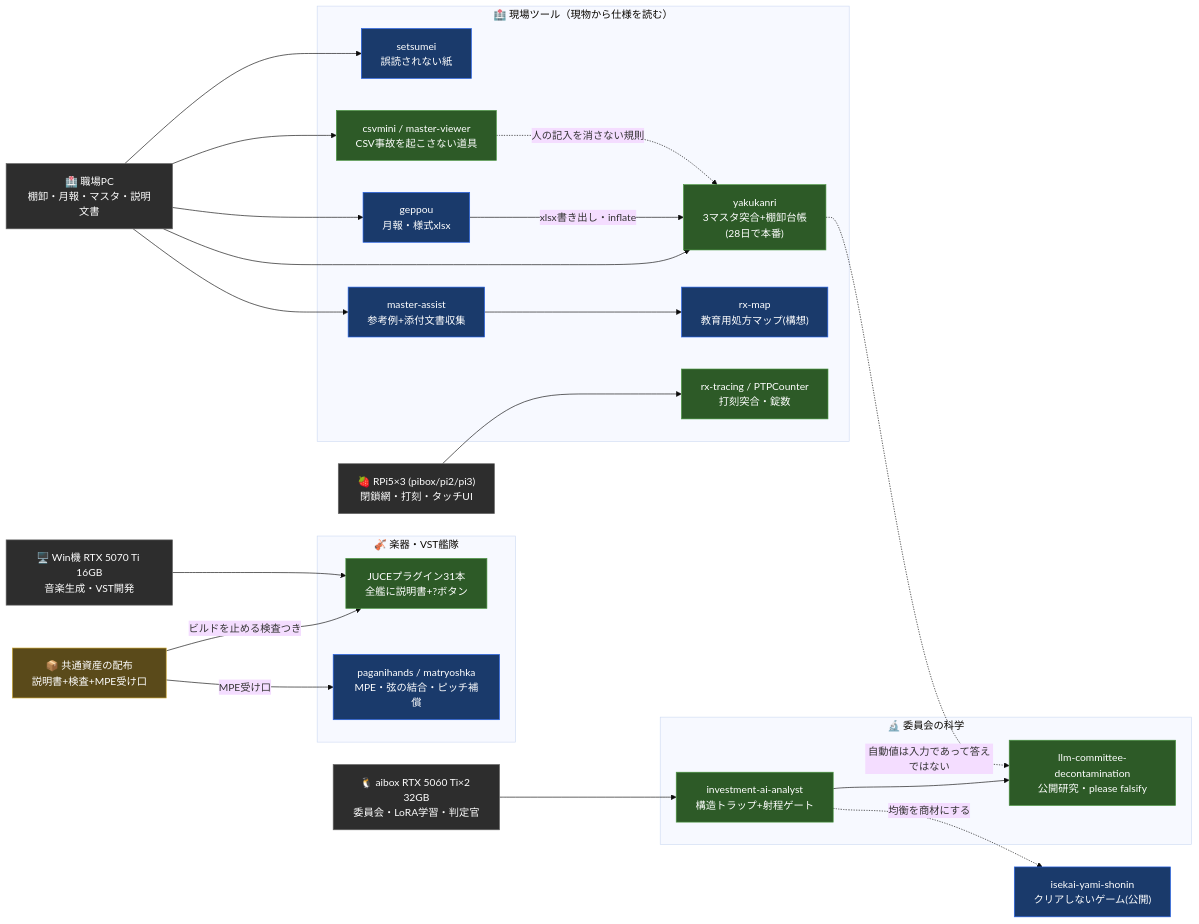
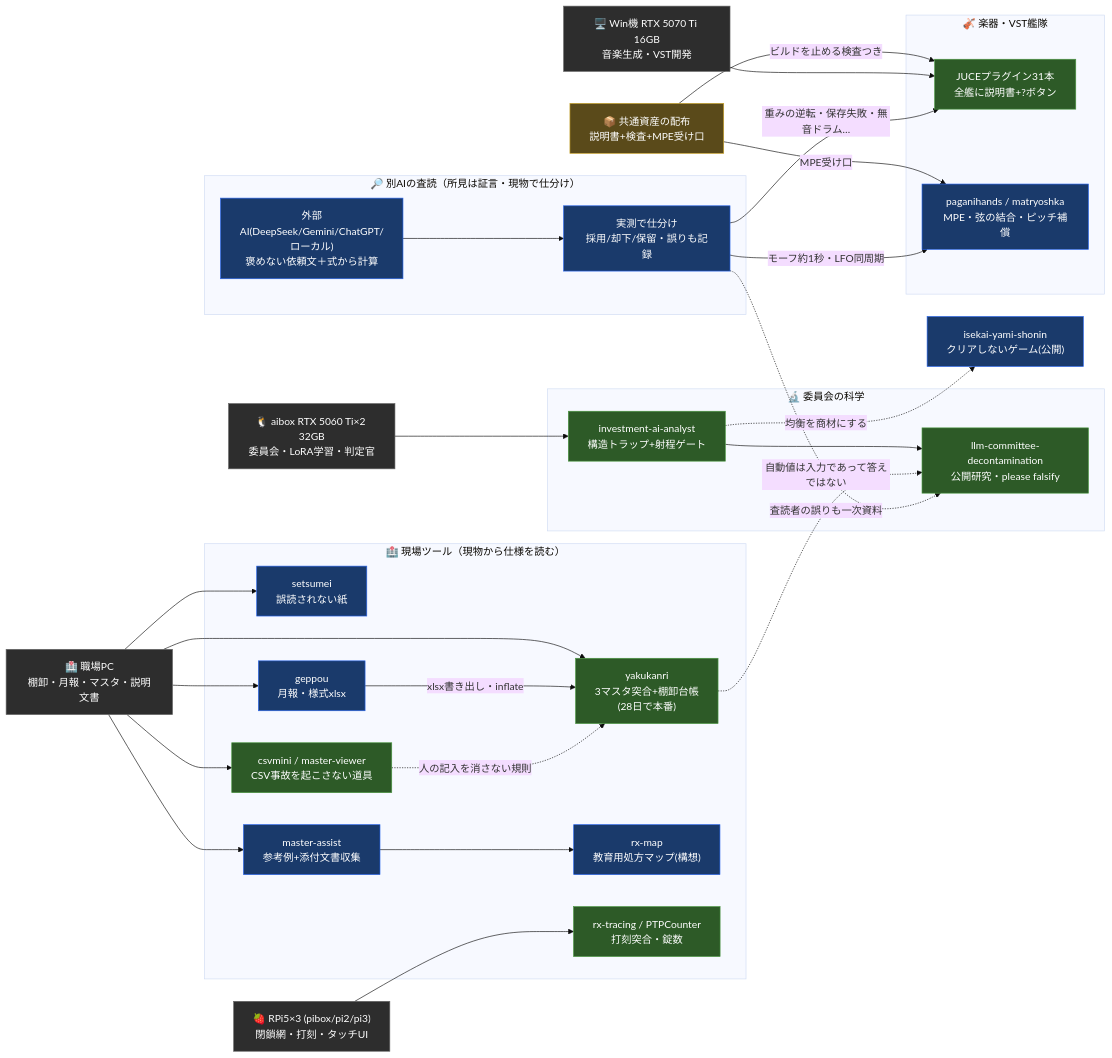
Before and after one commit to seiichinagi-create/seiichinagi-create: the diagram in README.md, drawn with Mermaid (base theme). The commit also changed other lines of this file, not shown here.

````diff
--- a/README.md
+++ b/README.md
@@ -135,64 +163,74 @@
 ```mermaid
 graph LR
 
     %% ── 計算資源 ──────────────────────
     GPU1["🖥️ Win機 RTX 5070 Ti 16GB\n音楽生成・VST開発"]
     GPU2["🐧 aibox RTX 5060 Ti×2 32GB\n委員会・LoRA学習・判定官"]
     PIS["🍓 RPi5×3 (pibox/pi2/pi3)\n閉鎖網・打刻・タッチUI"]
     WORK["🏥 職場PC\n棚卸・月報・マスタ・説明文書"]
 
     %% ── 共通資産 ─────────────────────
     DIST["📦 共通資産の配布\n説明書+検査+MPE受け口"]
 
     %% ── 委員会の科学 ──────────────────
     subgraph SCI ["🔬 委員会の科学"]
         DECON["llm-committee-decontamination\n公開研究・please falsify"]
         INV["investment-ai-analyst\n構造トラップ+射程ゲート"]
     end
 
     %% ── 音楽・楽器 ─────────────────────
     subgraph PM ["🎻 楽器・VST艦隊"]
         FLEET["JUCEプラグイン31本\n全艦に説明書+?ボタン"]
         PAG["paganihands / matryoshka\nMPE・弦の結合・ピッチ補償"]
     end
 
     %% ── 遊び ────────────────────────
     ISE["isekai-yami-shonin\nクリアしないゲーム(公開)"]
 
+    %% ── 別AIの査読 ─────────────────────
+    subgraph REV ["🔎 別AIの査読（所見は証言・現物で仕分け）"]
+        AIS["外部AI(DeepSeek/Gemini/ChatGPT/ローカル)\n褒めない依頼文＋式から計算"]
+        TRI["実測で仕分け\n採用/却下/保留・誤りも記録"]
+    end
+
     %% ── 現場ツール ────────────────────
     subgraph FIELD ["🏥 現場ツール（現物から仕様を読む）"]
         YAK["yakukanri\n3マスタ突合+棚卸台帳\n(28日で本番)"]
         SET["setsumei\n誤読されない紙"]
         GEP["geppou\n月報・様式xlsx"]
         MA["master-assist\n参考例+添付文書収集"]
         RXM["rx-map\n教育用処方マップ(構想)"]
         CSV["csvmini / master-viewer\nCSV事故を起こさない道具"]
         RX["rx-tracing / PTPCounter\n打刻突合・錠数"]
     end
 
     %% ── 接続 ─────────────────────────
     GPU2 --> INV --> DECON
     DIST -->|"ビルドを止める検査つき"| FLEET
     DIST -->|"MPE受け口"| PAG
     GPU1 --> FLEET
     WORK --> YAK
     WORK --> SET
     WORK --> GEP
     WORK --> MA --> RXM
     WORK --> CSV
     PIS --> RX
     GEP -->|"xlsx書き出し・inflate"| YAK
     CSV -.->|"人の記入を消さない規則"| YAK
     YAK -.->|"自動値は入力であって答えではない"| DECON
     INV -.->|"均衡を商材にする"| ISE
+    AIS --> TRI
+    TRI -->|"重みの逆転・保存失敗・無音ドラム…"| FLEET
+    TRI -->|"モーフ約1秒・LFO同周期"| PAG
+    TRI -.->|"査読者の誤りも一次資料"| DECON
 
     classDef done fill:#2d5a27,color:#fff,stroke:#4a9640
     classDef inprogress fill:#1a3a6b,color:#fff,stroke:#2563eb
     classDef infra fill:#2d2d2d,color:#fff,stroke:#666
     classDef dist fill:#5a4a1a,color:#fff,stroke:#c9a227
 
     class DECON,INV,FLEET,RX,YAK,CSV done
-    class PAG,SET,GEP,MA,RXM,ISE inprogress
+    class PAG,SET,GEP,MA,RXM,ISE,AIS,TRI inprogress
     class GPU1,GPU2,PIS,WORK infra
     class DIST dist
 ```
````
